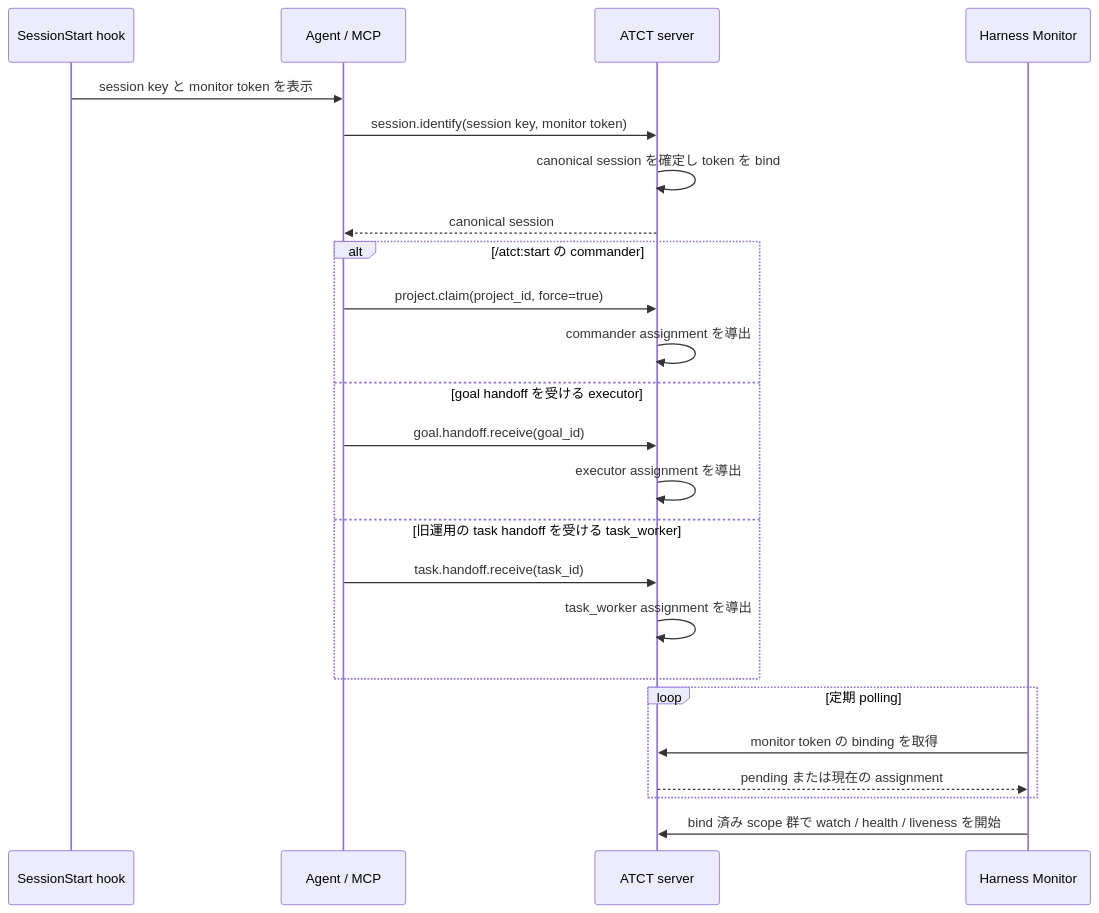
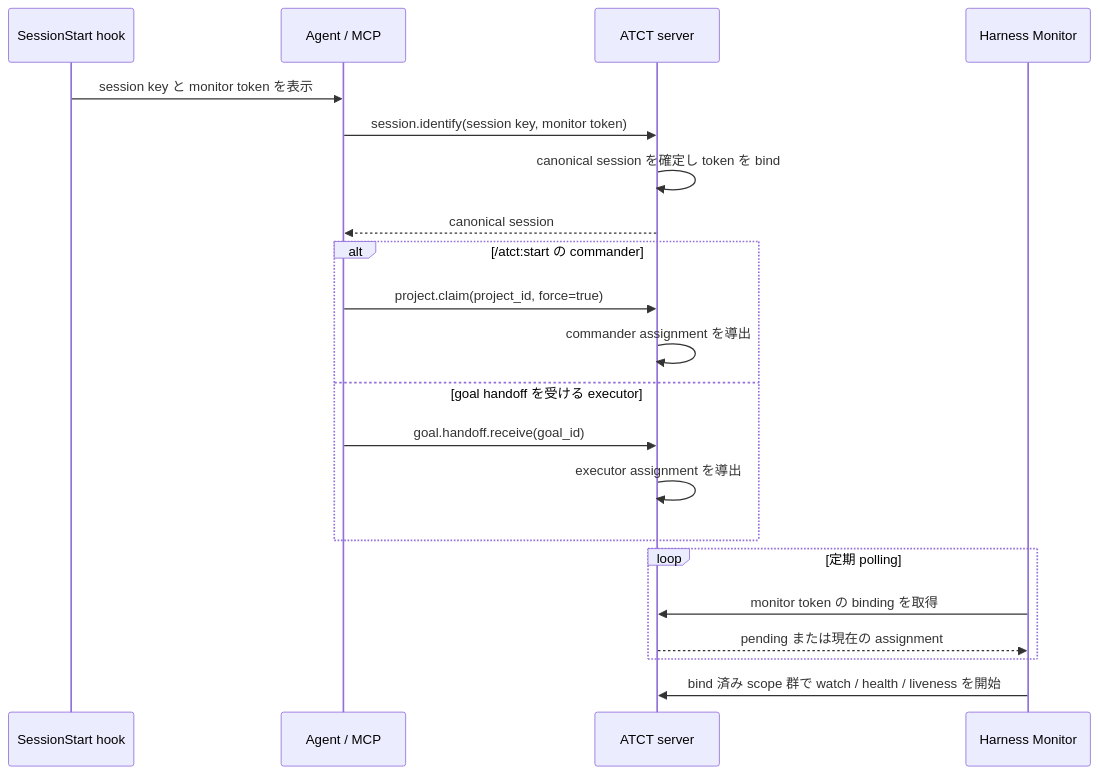
Before and after one commit to michiomochi/atct: the diagram in doc/bootstrap.md, drawn with Mermaid. The commit also changed other lines of this file and 19 other files, not shown here.

````diff
--- a/doc/bootstrap.md
+++ b/doc/bootstrap.md
@@ -23,27 +23,24 @@
 ```mermaid
 sequenceDiagram
     participant H as SessionStart hook
     participant A as Agent / MCP
     participant S as ATCT server
     participant M as Harness Monitor
 
     H->>A: session key と monitor token を表示
     A->>S: session.identify(session key, monitor token)
     S->>S: canonical session を確定し token を bind
     S-->>A: canonical session
     alt /atct:start の commander
         A->>S: project.claim(project_id, force=true)
         S->>S: commander assignment を導出
     else goal handoff を受ける executor
         A->>S: goal.handoff.receive(goal_id)
         S->>S: executor assignment を導出
-    else 旧運用の task handoff を受ける task_worker
-        A->>S: task.handoff.receive(task_id)
-        S->>S: task_worker assignment を導出
     end
     loop 定期 polling
         M->>S: monitor token の binding を取得
         S-->>M: pending または現在の assignment
     end
     M->>S: bind 済み scope 群で watch / health / liveness を開始
 ```
````
